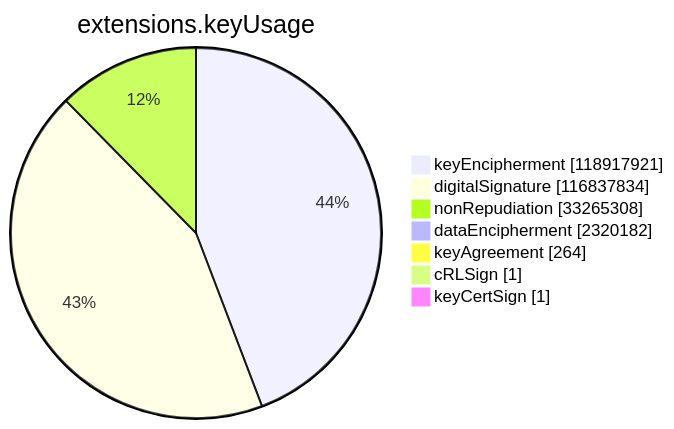
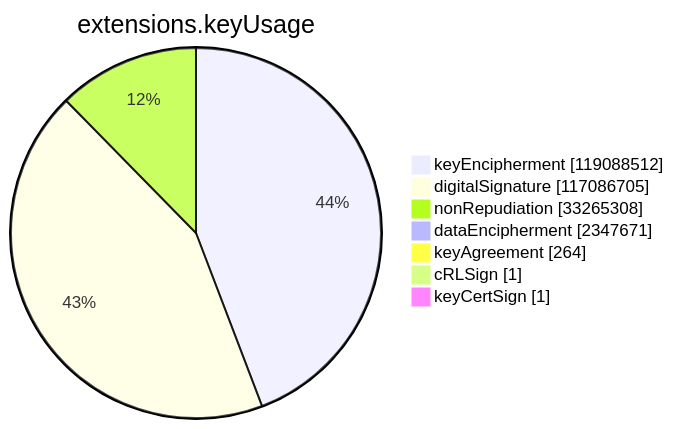
Before and after one commit to christiankrug/ctmonitor_visualization: the sixth of 15 diagrams in xenon2023/README.md, drawn with Mermaid. The commit also changed other lines of this file, not shown here.

````diff
--- a/xenon2023/README.md
+++ b/xenon2023/README.md
@@ -2141,11 +2144,11 @@
 ```mermaid
 pie showData
 title extensions.keyUsage
-"keyEncipherment" :118917921
-"digitalSignature" :116837834
+"keyEncipherment" :119088512
+"digitalSignature" :117086705
 "nonRepudiation" :33265308
-"dataEncipherment" :2320182
+"dataEncipherment" :2347671
 "keyAgreement" :264
 "cRLSign" :1
 "keyCertSign" :1
 ```
````
